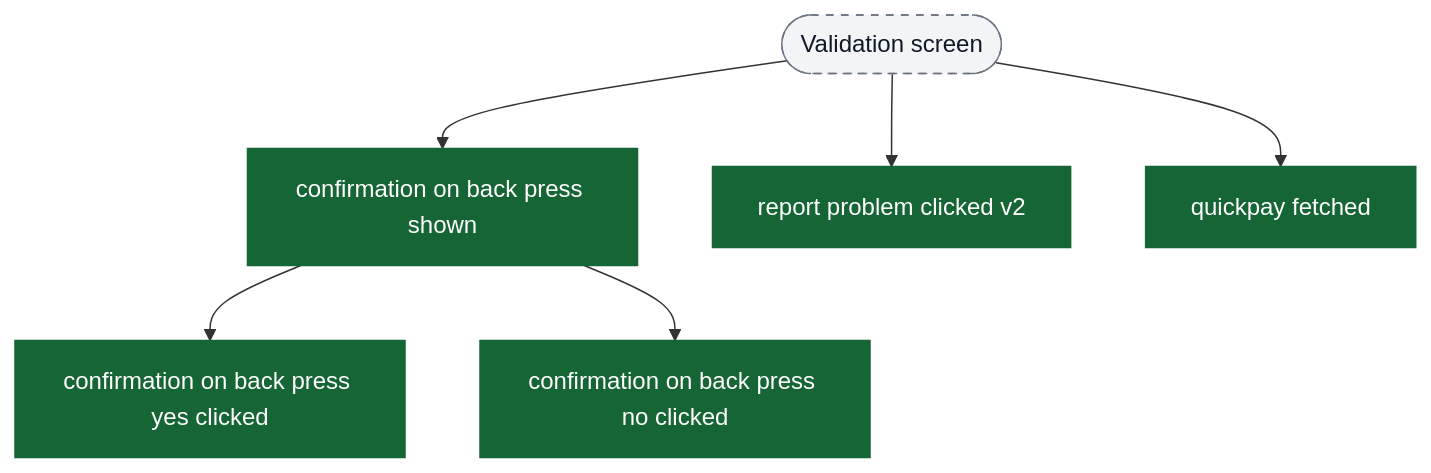
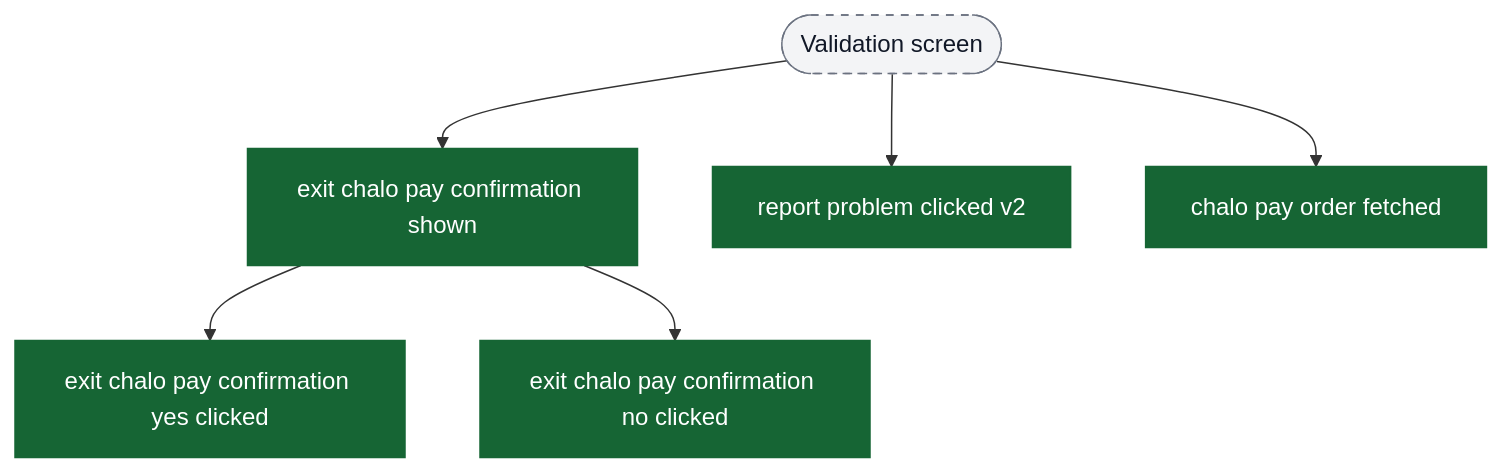
Before and after one commit to ratulsarna/chalo-app-dashboard: the eighth of 9 diagrams in content/analytics/quick-pay/flow-diagrams.md, drawn with Mermaid. The commit also changed other lines of this file and 6 other files, not shown here.

First line of the commit message:
Refactor metro and quick-pay analytics flow diagrams and events

````diff
--- a/content/analytics/quick-pay/flow-diagrams.md
+++ b/content/analytics/quick-pay/flow-diagrams.md
@@ -216,16 +216,16 @@
 ```mermaid
 flowchart TD
-  ui_validation([Validation screen]) --> ev_backPress["confirmation on back press shown"]
-  ev_backPress --> ev_backYes["confirmation on back press yes clicked"]
-  ev_backPress --> ev_backNo["confirmation on back press no clicked"]
+  ui_validation([Validation screen]) --> ev_backPress["exit chalo pay confirmation shown"]
+  ev_backPress --> ev_backYes["exit chalo pay confirmation yes clicked"]
+  ev_backPress --> ev_backNo["exit chalo pay confirmation no clicked"]
 
   ui_validation --> ev_reportProblem["report problem clicked v2"]
-  ui_validation --> ev_quickpayFetched["quickpay fetched"]
+  ui_validation --> ev_quickpayFetched["chalo pay order fetched"]
 
   classDef event fill:#166534,stroke:#166534,color:#ffffff;
   classDef ui fill:#f3f4f6,stroke:#6b7280,stroke-dasharray: 5 5,color:#111827;
   classDef external fill:#ffffff,stroke:#6b7280,stroke-dasharray: 3 3,color:#111827;
 
   class ev_backPress,ev_backYes,ev_backNo,ev_reportProblem,ev_quickpayFetched event;
   class ui_validation ui;
 ```
````
